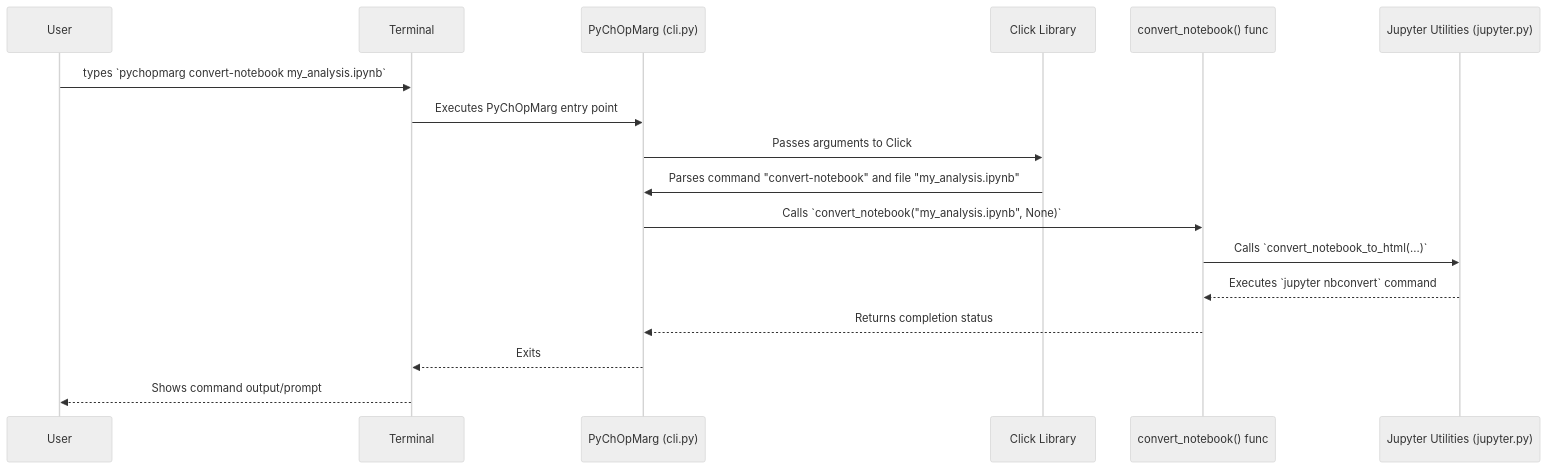
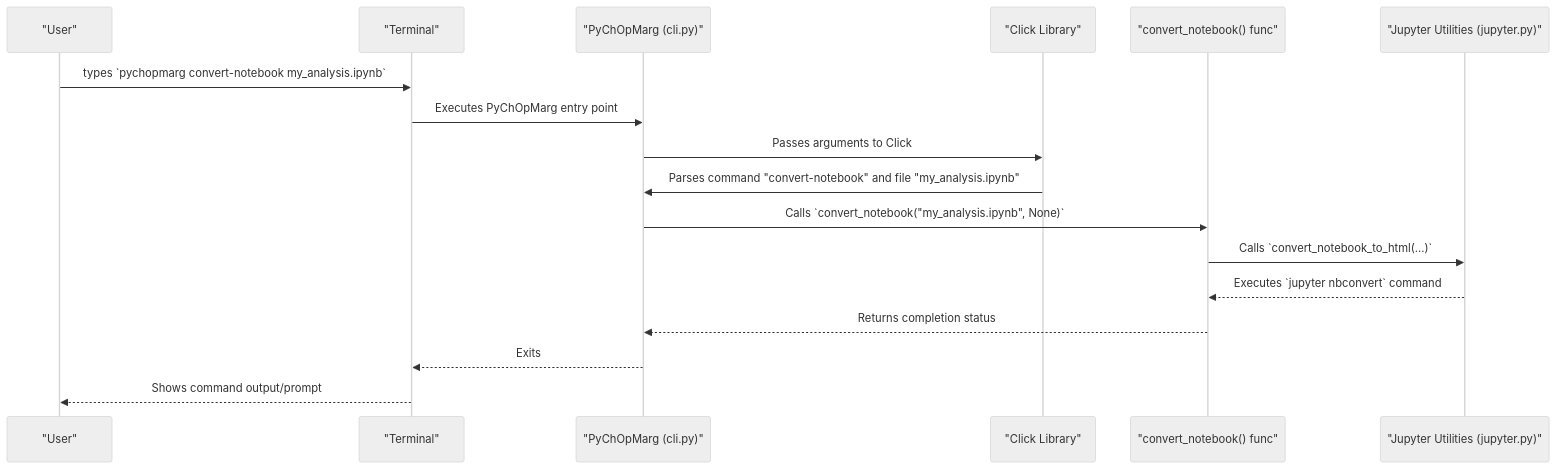
One commit to jueshi/PocketFlow-Tutorial-Codebase-Knowledge changed the diagram in output/PyChOpMarg/01_command_line_interface__cli__.md. Above: the diagram before and after it, drawn with Mermaid (neutral theme). The commit also changed 282 other files, not shown here.

````diff
--- a/output/PyChOpMarg/01_command_line_interface__cli__.md
+++ b/output/PyChOpMarg/01_command_line_interface__cli__.md
@@ -120,20 +120,20 @@
 ```mermaid
 sequenceDiagram
-    participant U as User
-    participant T as Terminal
-    participant P as PyChOpMarg (cli.py)
-    participant C as Click Library
-    participant F as convert_notebook() func
-    participant J as Jupyter Utilities (jupyter.py)
+    participant U as "User"
+    participant T as "Terminal"
+    participant P as "PyChOpMarg (cli.py)"
+    participant C as "Click Library"
+    participant F as "convert_notebook() func"
+    participant J as "Jupyter Utilities (jupyter.py)"
 
     U->>T: types `pychopmarg convert-notebook my_analysis.ipynb`
     T->>P: Executes PyChOpMarg entry point
     P->>C: Passes arguments to Click
     C->>P: Parses command "convert-notebook" and file "my_analysis.ipynb"
     P->>F: Calls `convert_notebook("my_analysis.ipynb", None)`
     F->>J: Calls `convert_notebook_to_html(...)`
     J-->>F: Executes `jupyter nbconvert` command
     F-->>P: Returns completion status
     P-->>T: Exits
     T-->>U: Shows command output/prompt
 ```
````
